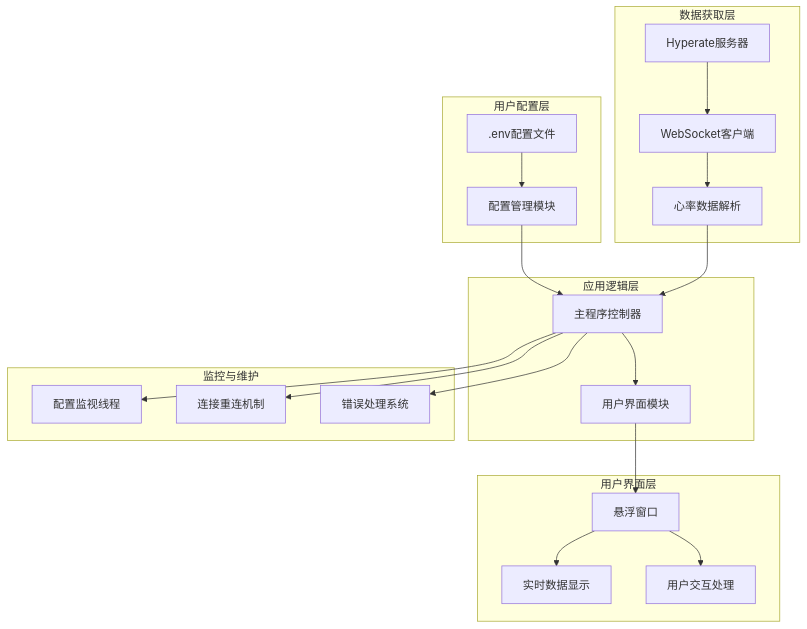
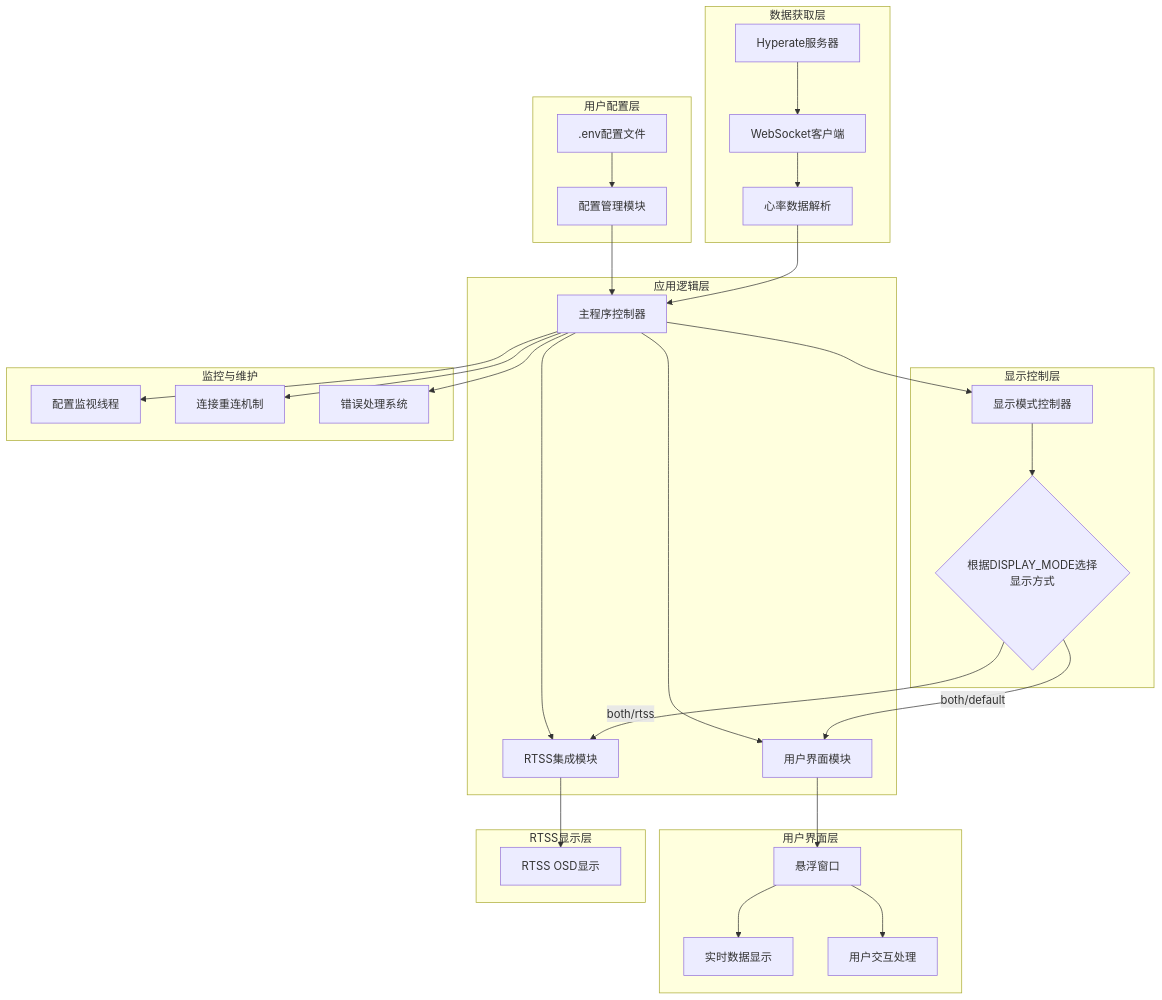
Before and after one commit to CooperZhuang/hyperate-overlay: the diagram in README.md, drawn with Mermaid. The commit also changed other lines of this file and 8 other files, not shown here.

````diff
--- a/README.md
+++ b/README.md
@@ -131,33 +120,45 @@
 ```mermaid
 graph TB
     subgraph "用户配置层"
         A[.env配置文件] --> B[配置管理模块]
     end
     
     subgraph "数据获取层"
         C[Hyperate服务器] --> D[WebSocket客户端]
         D --> E[心率数据解析]
     end
     
     subgraph "应用逻辑层"
         B --> F[主程序控制器]
         E --> F
         F --> G[用户界面模块]
+        F --> H[RTSS集成模块]
+    end
+    
+    subgraph "显示控制层"
+        F --> I[显示模式控制器]
+        I --> J{根据DISPLAY_MODE选择显示方式}
+        J -->|both/rtss| H
+        J -->|both/default| G
     end
     
     subgraph "用户界面层"
-        G --> H[悬浮窗口]
-        H --> I[实时数据显示]
-        H --> J[用户交互处理]
+        G --> K[悬浮窗口]
+        K --> L[实时数据显示]
+        K --> M[用户交互处理]
+    end
+    
+    subgraph "RTSS显示层"
+        H --> N[RTSS OSD显示]
     end
     
     subgraph "监控与维护"
-        K[配置监视线程]
-        L[连接重连机制]
-        M[错误处理系统]
+        O[配置监视线程]
+        P[连接重连机制]
+        Q[错误处理系统]
     end
     
-    F --> K
-    F --> L
-    F --> M
+    F --> O
+    F --> P
+    F --> Q
 ```
````
